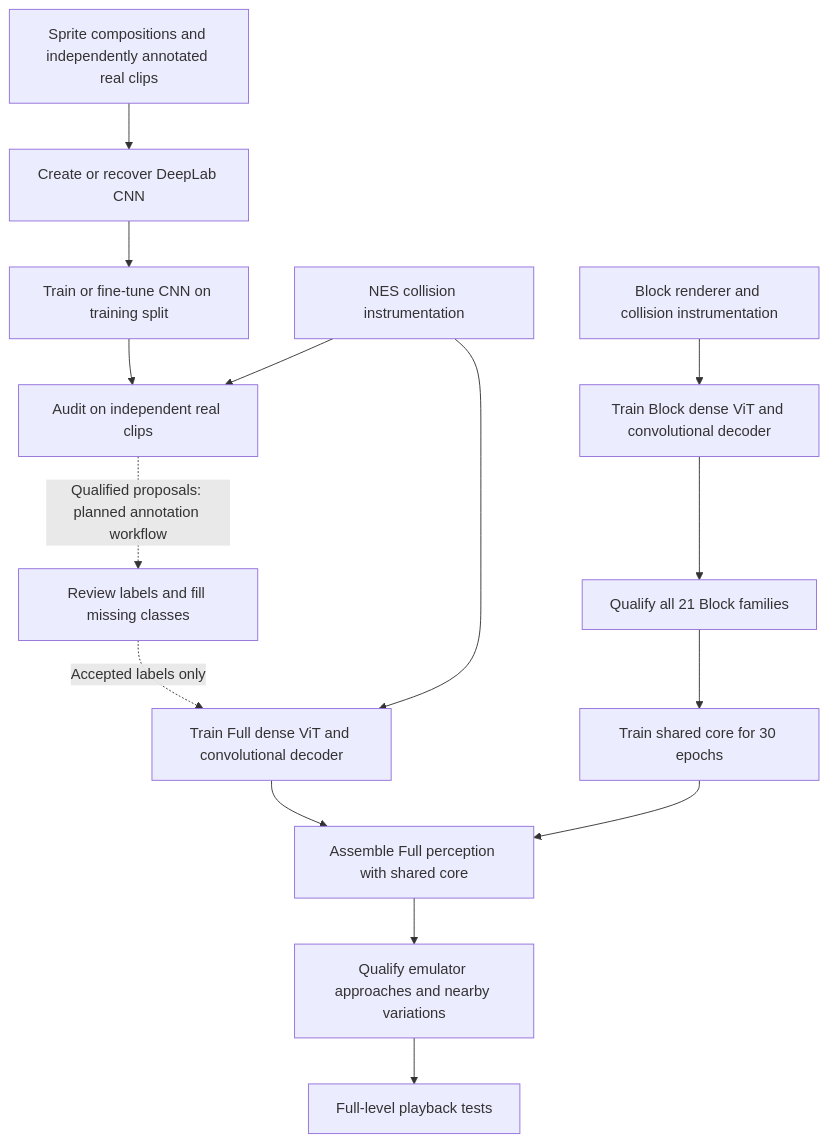
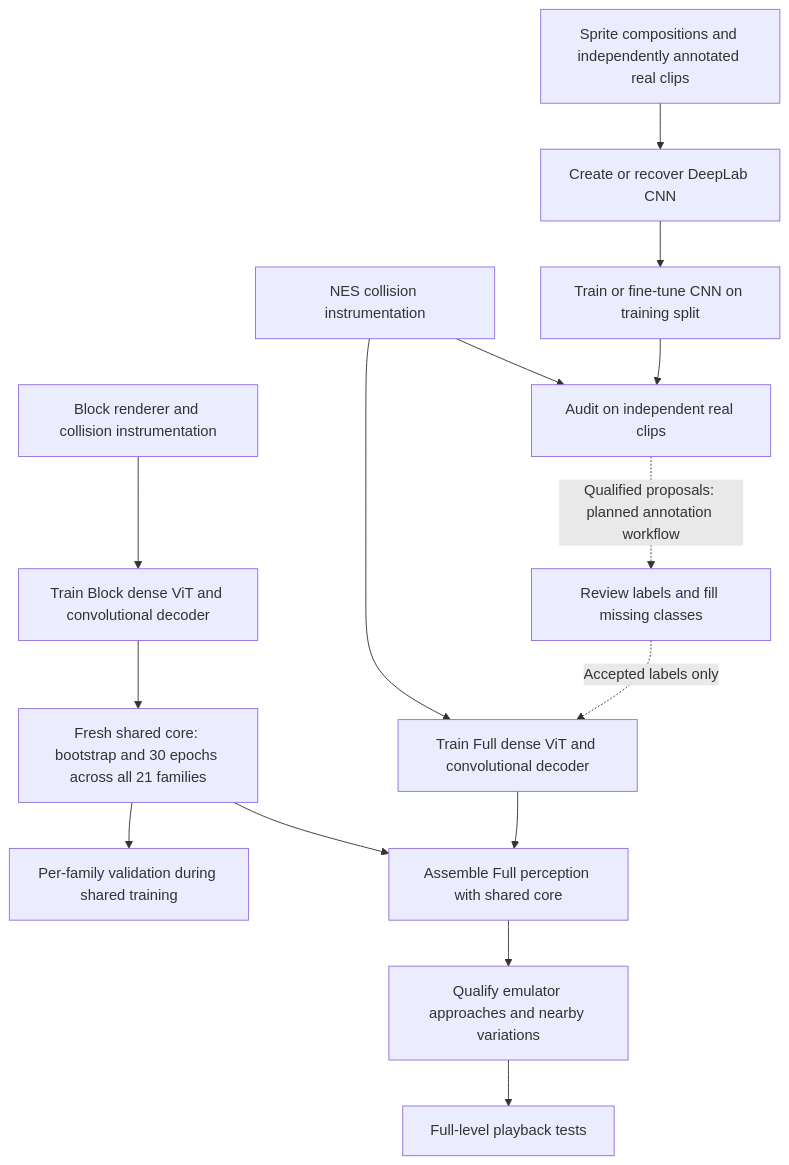
One commit to salsicha/RetroAGI changed the first of 2 diagrams in docs/smb-segmentation-curriculum.md. Above: the diagram before and after it, drawn with Mermaid. The commit also changed 5 other files, not shown here.

Commit message:
Start fresh shared training without preliminary family models

````diff
--- a/docs/smb-segmentation-curriculum.md
+++ b/docs/smb-segmentation-curriculum.md
@@ -20,17 +20,17 @@
 ```mermaid
 flowchart TD
     Assets[Sprite compositions and independently annotated real clips] --> Create[Create or recover DeepLab CNN]
     Create --> Fit[Train or fine-tune CNN on training split]
     Fit --> Audit[Audit on independent real clips]
     NES[NES collision instrumentation] --> Audit
     Audit -. Qualified proposals: planned annotation workflow .-> Review[Review labels and fill missing classes]
     Review -. Accepted labels only .-> FV[Train Full dense ViT and convolutional decoder]
     NES --> FV
     Block[Block renderer and collision instrumentation] --> BV[Train Block dense ViT and convolutional decoder]
-    BV --> Families[Qualify all 21 Block families]
-    Families --> Core[Train shared core for 30 epochs]
+    BV --> Core[Fresh shared core: bootstrap and 30 epochs across all 21 families]
+    Core --> Metrics[Per-family validation during shared training]
     FV --> Assemble[Assemble Full perception with shared core]
     Core --> Assemble
     Assemble --> Local[Qualify emulator approaches and nearby variations]
     Local --> Level[Full-level playback tests]
 ```
````
